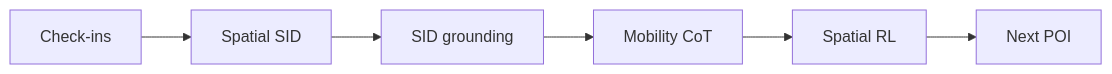
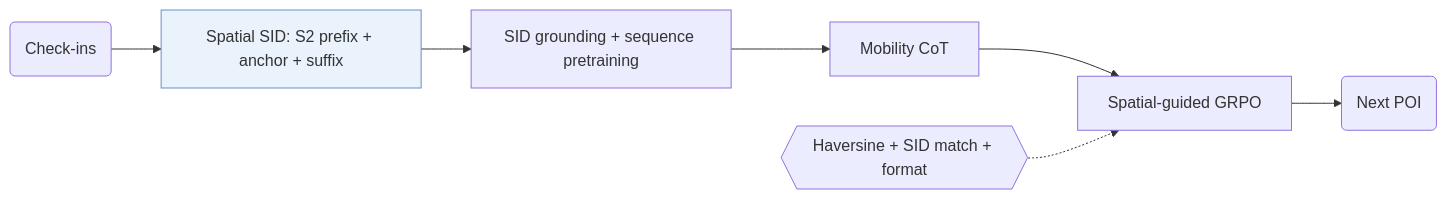
Before and after one commit to Galaxy-ghost/Awesome-SID-Generative-Rec: the first of 2 diagrams in notes/ros.md, drawn with Mermaid. The commit also changed other lines of this file and 521 other files, not shown here.

Commit message:
writer-04 part 3: algorithm diagrams with shared shape conventions, README hero and paper cards, archive removed

````diff
--- a/notes/ros.md
+++ b/notes/ros.md
@@ -14,8 +14,10 @@
 ```mermaid
 flowchart LR
-    A[Check-ins] --> B[Spatial SID]
-    B --> C[SID grounding]
-    C --> D[Mobility CoT]
-    D --> E[Spatial RL]
-    E --> F[Next POI]
+    A("Check-ins") --> B["Spatial SID: S2 prefix + anchor + suffix"]:::key
+    B --> C["SID grounding + sequence pretraining"]
+    C --> D["Mobility CoT"]
+    D --> E["Spatial-guided GRPO"]
+    L1{{"Haversine + SID match + format"}} -.-> E
+    E --> F("Next POI")
+    classDef key fill:#eaf2fb,stroke:#6b8fc7
 ```
````
